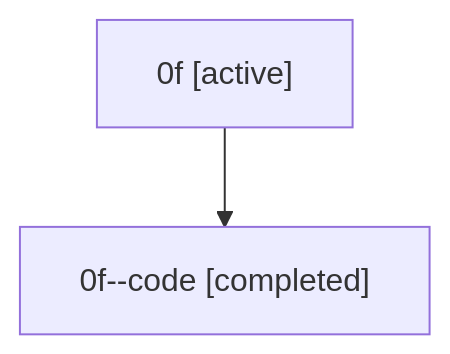
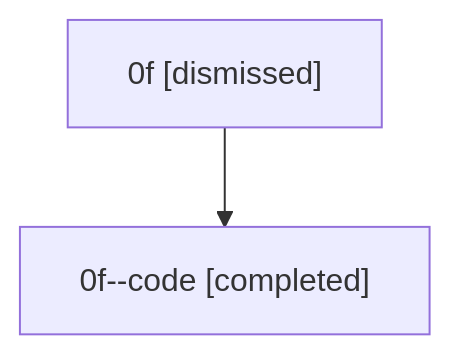
One commit to sase-org/sase--agents changed the diagram in sessions/bbugyi200.athena.0f.md. Above: the diagram before and after it, drawn with Mermaid. The commit also changed other lines of this file and 22 other files, not shown here.

````diff
--- a/sessions/bbugyi200.athena.0f.md
+++ b/sessions/bbugyi200.athena.0f.md
@@ -9,6 +9,6 @@
 ```mermaid
 flowchart TD
-  n0["0f [active]"]
+  n0["0f [dismissed]"]
   n1["0f--code [completed]"]
   n0 --> n1
 ```
````
